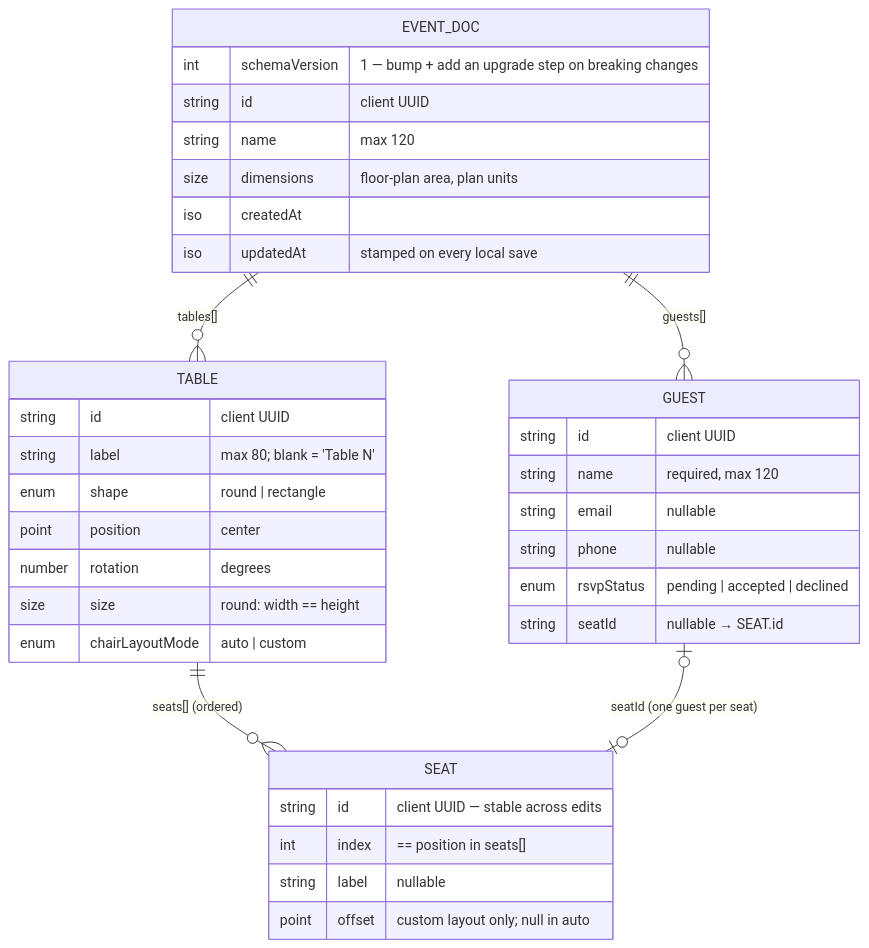
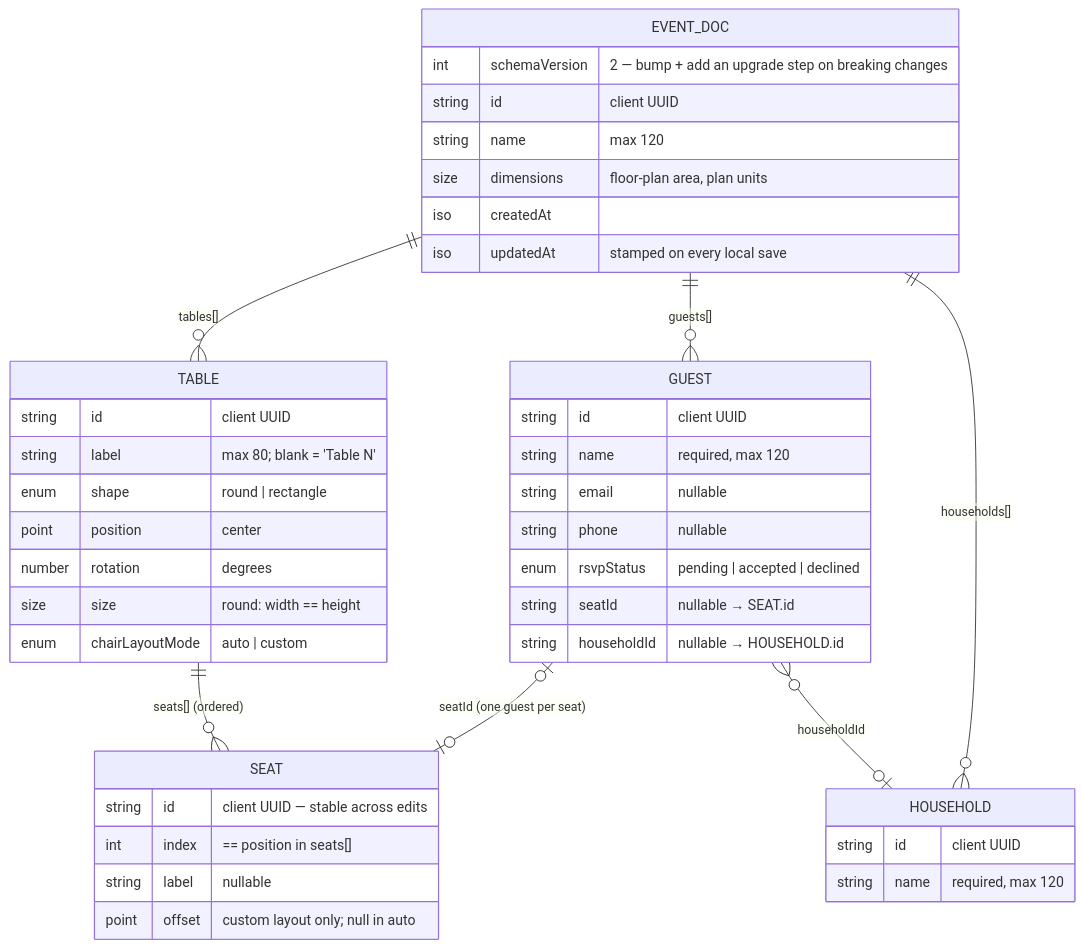
Before and after one commit to joshkat/seeater: the second of 2 diagrams in docs/data-model.md, drawn with Mermaid. The commit also changed other lines of this file and 4 other files, not shown here.

Commit message:
docs: households, seating flow and a review guide for bulk seating

````diff
--- a/docs/data-model.md
+++ b/docs/data-model.md
@@ -59,39 +59,46 @@
 ```mermaid
 erDiagram
   EVENT_DOC ||--o{ TABLE : "tables[]"
   TABLE ||--o{ SEAT : "seats[] (ordered)"
   EVENT_DOC ||--o{ GUEST : "guests[]"
+  EVENT_DOC ||--o{ HOUSEHOLD : "households[]"
   GUEST |o--o| SEAT : "seatId (one guest per seat)"
+  GUEST }o--o| HOUSEHOLD : "householdId"
 
   EVENT_DOC {
-    int schemaVersion "1 — bump + add an upgrade step on breaking changes"
+    int schemaVersion "2 — bump + add an upgrade step on breaking changes"
     string id "client UUID"
     string name "max 120"
     size dimensions "floor-plan area, plan units"
     iso createdAt
     iso updatedAt "stamped on every local save"
   }
   TABLE {
     string id "client UUID"
     string label "max 80; blank = 'Table N'"
     enum shape "round | rectangle"
     point position "center"
     number rotation "degrees"
     size size "round: width == height"
     enum chairLayoutMode "auto | custom"
   }
   SEAT {
     string id "client UUID — stable across edits"
     int index "== position in seats[]"
     string label "nullable"
     point offset "custom layout only; null in auto"
   }
   GUEST {
     string id "client UUID"
     string name "required, max 120"
     string email "nullable"
     string phone "nullable"
     enum rsvpStatus "pending | accepted | declined"
     string seatId "nullable → SEAT.id"
+    string householdId "nullable → HOUSEHOLD.id"
+  }
+  HOUSEHOLD {
+    string id "client UUID"
+    string name "required, max 120"
   }
 ```
````
